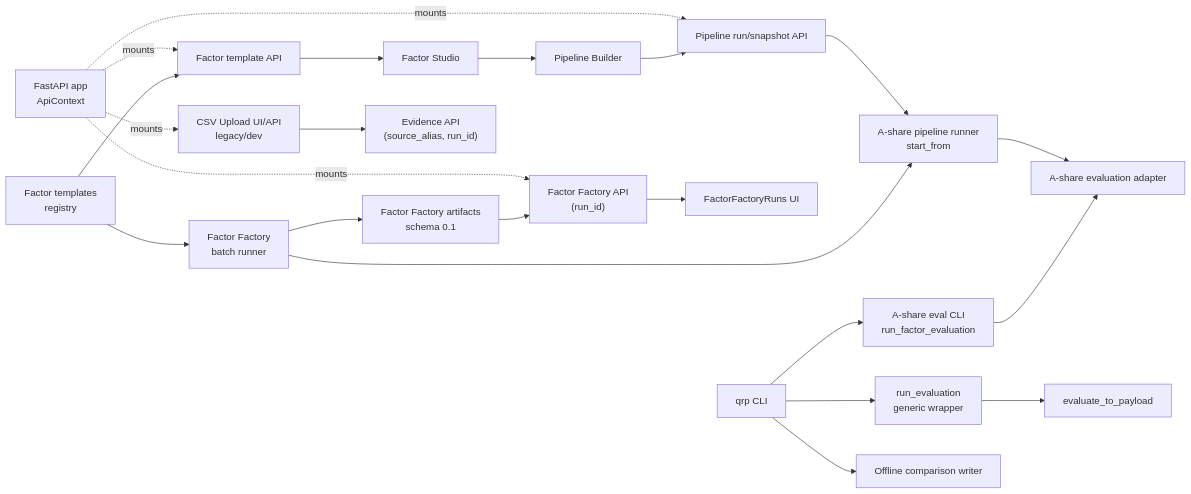
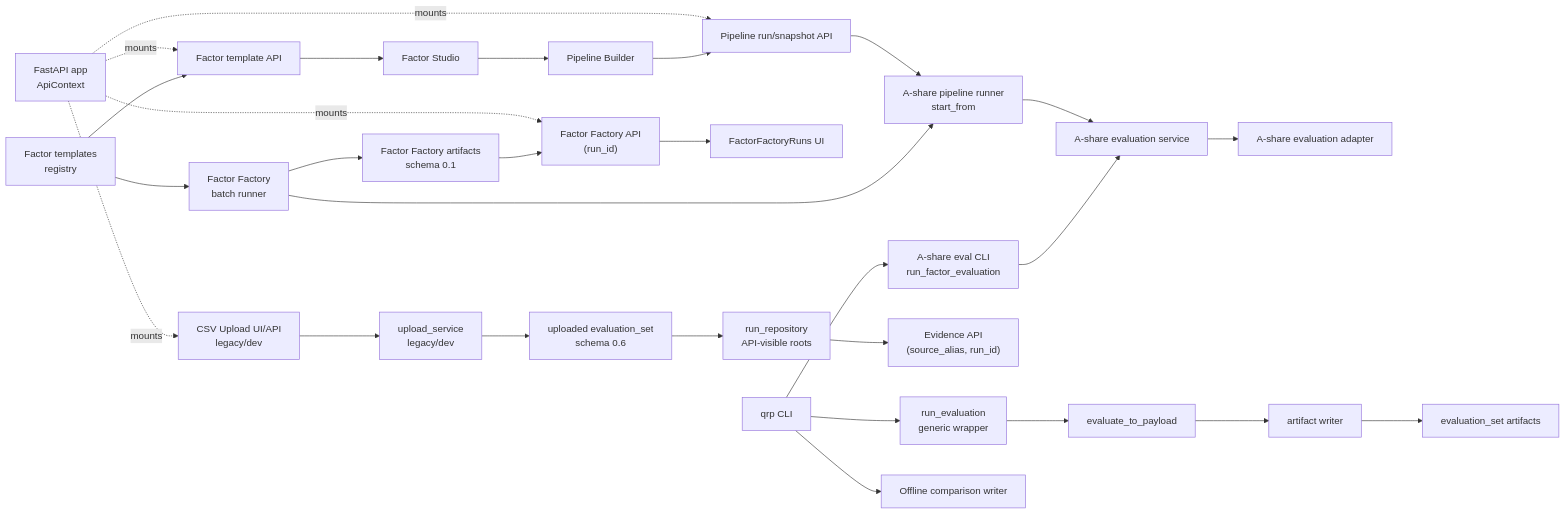
The third of 3 diagrams in docs/code-map/platform-flow.md (Sagiri317/quant-research-platform), drawn with Mermaid before and after one commit. The commit also changed other lines of this file and 10 other files, not shown here.

````diff
--- a/docs/code-map/platform-flow.md
+++ b/docs/code-map/platform-flow.md
@@ -64,35 +67,41 @@
 ```mermaid
 flowchart LR
   fastapi["FastAPI app\nApiContext"]
   pipeline_api["Pipeline run/snapshot API"]
   runner["A-share pipeline runner\nstart_from"]
+  service["A-share evaluation service"]
   adapter["A-share evaluation adapter"]
   payload["evaluate_to_payload"]
   eval["run_evaluation\ngeneric wrapper"]
   builder["Pipeline Builder"]
   template_api["Factor template API"]
   templates["Factor templates\nregistry"]
   studio["Factor Studio"]
   factory["Factor Factory\nbatch runner"]
   factory_artifacts["Factor Factory artifacts\nschema 0.1"]
   factory_api["Factor Factory API\n(run_id)"]
   factory_ui["FactorFactoryRuns UI"]
   upload["CSV Upload UI/API\nlegacy/dev"]
+  upload_service["upload_service\nlegacy/dev"]
+  uploaded_artifacts["uploaded evaluation_set\nschema 0.6"]
+  run_repo["run_repository\nAPI-visible roots"]
   evidence_api["Evidence API\n(source_alias, run_id)"]
   a_share_cli["A-share eval CLI\nrun_factor_evaluation"]
   offline_compare["Offline comparison writer"]
+  writer["artifact writer"]
+  eval_artifacts["evaluation_set artifacts"]
   cli["qrp CLI"]
 
   fastapi -. mounts .-> pipeline_api
   fastapi -. mounts .-> template_api
   fastapi -. mounts .-> factory_api
   fastapi -. mounts .-> upload
-  template_api --> studio --> builder --> pipeline_api --> runner --> adapter
+  template_api --> studio --> builder --> pipeline_api --> runner --> service --> adapter
   templates --> template_api
   templates --> factory --> runner
   factory --> factory_artifacts --> factory_api --> factory_ui
-  upload --> evidence_api
-  cli --> eval --> payload
-  cli --> a_share_cli --> adapter
+  upload --> upload_service --> uploaded_artifacts --> run_repo --> evidence_api
+  cli --> eval --> payload --> writer --> eval_artifacts
+  cli --> a_share_cli --> service
   cli --> offline_compare
 ```
````
